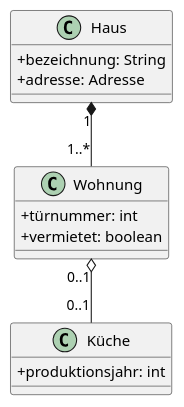
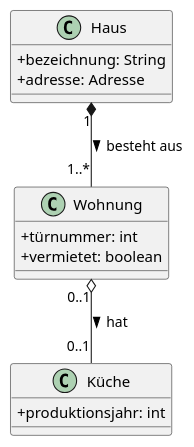
The diagram in ue01/2a.puml (Sascha8a/OOM), drawn with PlantUML before and after one commit. The commit also changed 6 other files, not shown here.

```diff
--- a/ue01/2a.puml
+++ b/ue01/2a.puml
@@ -1,22 +1,22 @@
 @startuml Aufgabe 2 a)
 
 skinparam classAttributeIconSize 0
 
 class Haus {
     +bezeichnung: String
     +adresse: Adresse
 }
 
 class Wohnung {
     +türnummer: int
     +vermietet: boolean
 }
 
 class Küche {
     +produktionsjahr: int
 }
 
-Haus "1" *-- "1..*" Wohnung
-Wohnung "0..1" o-- "0..1"  Küche
+Haus "1" *-- "1..*" Wohnung: besteht aus >
+Wohnung "0..1" o-- "0..1"  Küche: hat >
 
 @enduml
```
